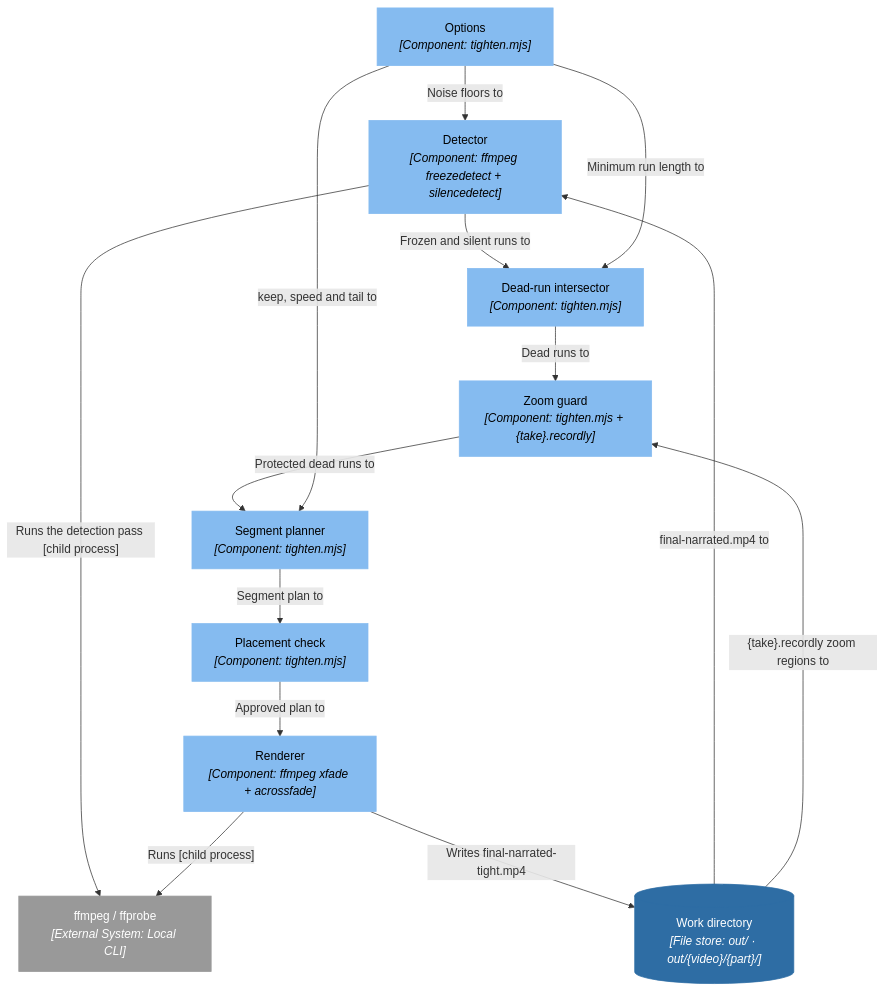
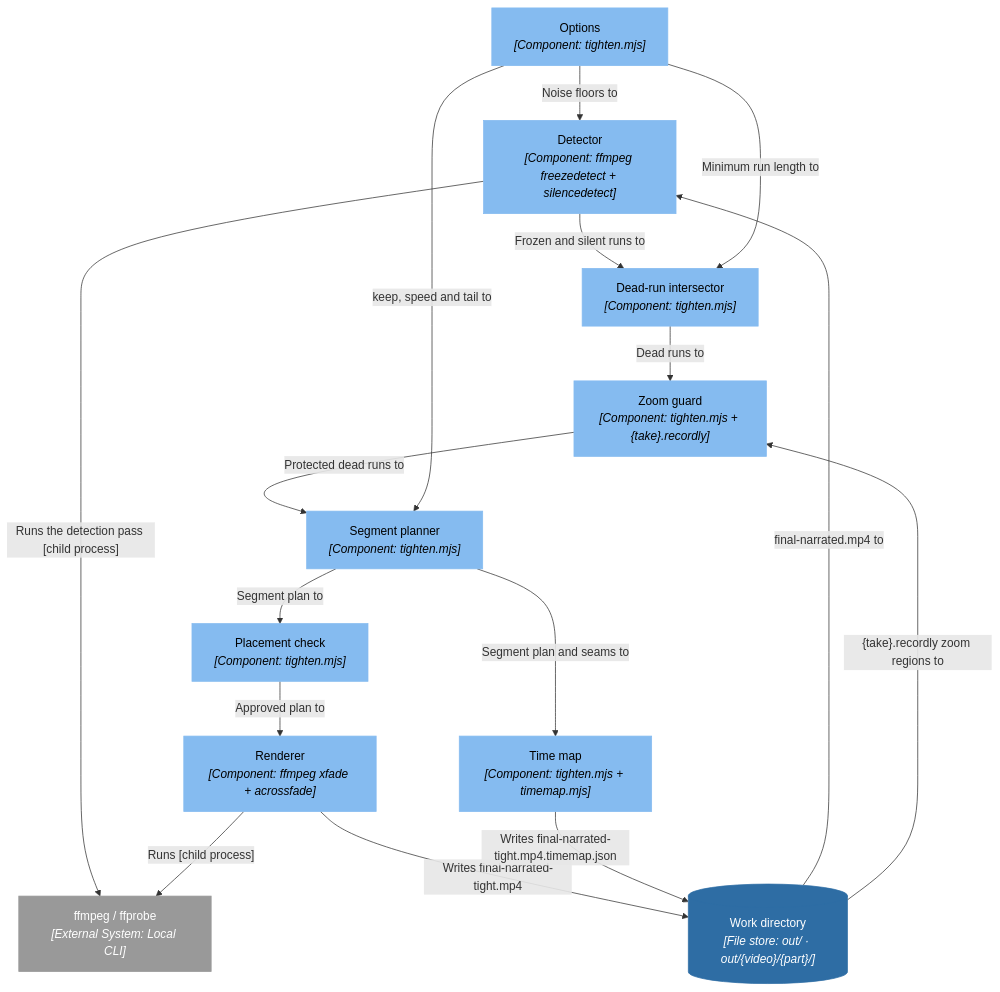
Before and after one commit to ssunduko/product-video: the tenth of 16 diagrams in docs/C4.md, drawn with Mermaid. The commit also changed other lines of this file and 28 other files, not shown here.

````diff
--- a/docs/C4.md
+++ b/docs/C4.md
@@ -756,34 +756,37 @@
 ```mermaid
 flowchart TD
   n102["Options<br/><i>[Component: tighten.mjs]</i>"]
   n103["Detector<br/><i>[Component: ffmpeg freezedetect + silencedetect]</i>"]
   n104["Dead-run intersector<br/><i>[Component: tighten.mjs]</i>"]
   n105["Zoom guard<br/><i>[Component: tighten.mjs + {take}.recordly]</i>"]
   n106["Segment planner<br/><i>[Component: tighten.mjs]</i>"]
   n107["Placement check<br/><i>[Component: tighten.mjs]</i>"]
   n108["Renderer<br/><i>[Component: ffmpeg xfade + acrossfade]</i>"]
+  n109["Time map<br/><i>[Component: tighten.mjs + timemap.mjs]</i>"]
   n29[("Work directory<br/><i>[File store: out/ · out/{video}/{part}/]</i>")]
   n5["ffmpeg / ffprobe<br/><i>[External System: Local CLI]</i>"]
   n29 -->|"final-narrated.mp4 to"| n103
   n103 -->|"Runs the detection pass [child process]"| n5
   n102 -->|"Noise floors to"| n103
   n103 -->|"Frozen and silent runs to"| n104
   n102 -->|"Minimum run length to"| n104
   n104 -->|"Dead runs to"| n105
   n29 -->|"{take}.recordly zoom regions to"| n105
   n105 -->|"Protected dead runs to"| n106
   n102 -->|"keep, speed and tail to"| n106
   n106 -->|"Segment plan to"| n107
   n107 -->|"Approved plan to"| n108
   n108 -->|"Runs [child process]"| n5
   n108 -->|"Writes final-narrated-tight.mp4"| n29
+  n106 -->|"Segment plan and seams to"| n109
+  n109 -->|"Writes final-narrated-tight.mp4.timemap.json"| n29
   classDef person fill:#08427b,stroke:#08427b,color:#ffffff;
   classDef system fill:#1168bd,stroke:#1168bd,color:#ffffff;
   classDef external fill:#999999,stroke:#999999,color:#ffffff;
   classDef container fill:#438dd5,stroke:#438dd5,color:#ffffff;
   classDef store fill:#2e6da4,stroke:#2e6da4,color:#ffffff;
   classDef component fill:#85bbf0,stroke:#85bbf0,color:#000000;
   class n5 external;
   class n29 store;
-  class n102,n103,n104,n105,n106,n107,n108 component;
+  class n102,n103,n104,n105,n106,n107,n108,n109 component;
 ```
````
